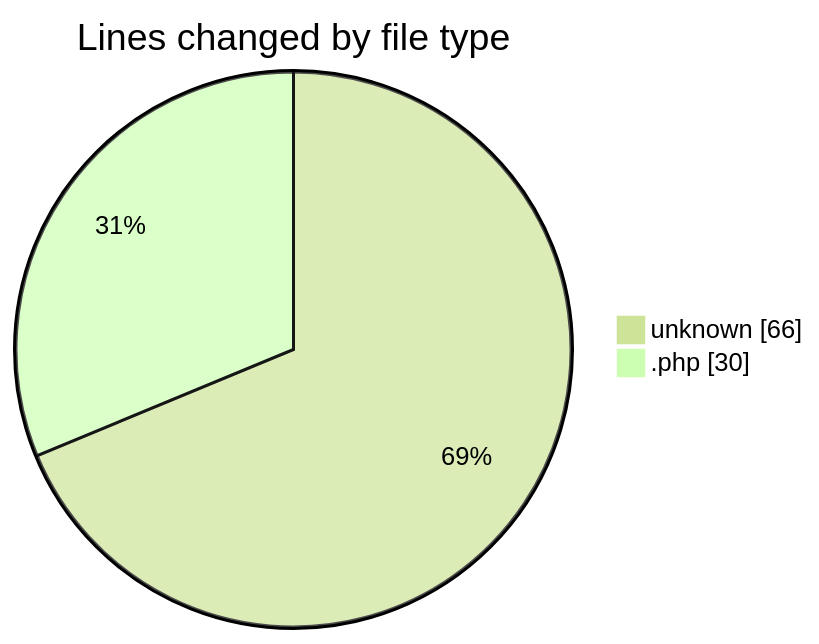
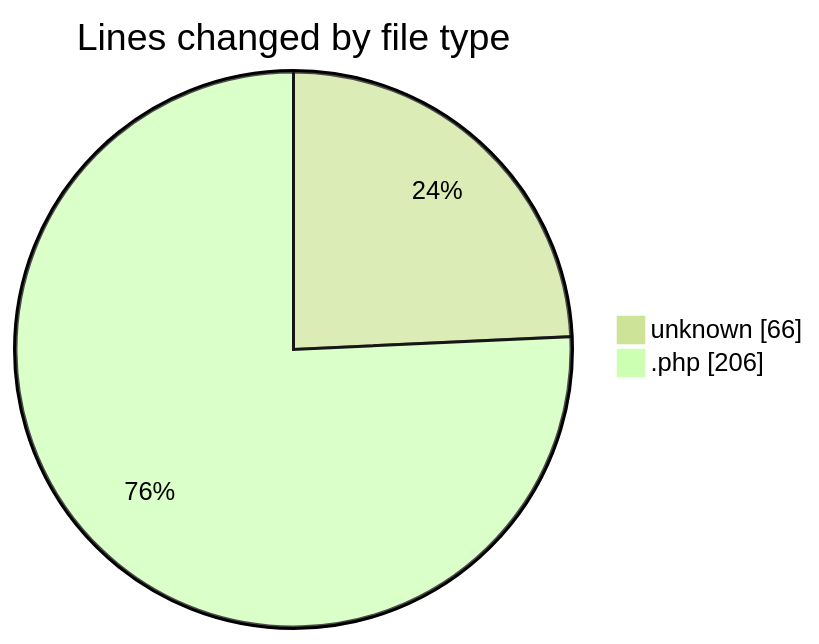
One commit to idhammustaqopulfikri/code-tracking changed the first of 2 diagrams in 2025-11-08/futsal/README.md. Above: the diagram before and after it, drawn with Mermaid (forest theme). The commit also changed other lines of this file and 1 other file, not shown here.

````diff
--- a/2025-11-08/futsal/README.md
+++ b/2025-11-08/futsal/README.md
@@ -21,6 +23,6 @@
 ```mermaid
 pie showData
 title Lines changed by file type
 "unknown" : 66
-".php" : 30
+".php" : 206
 ```
````
